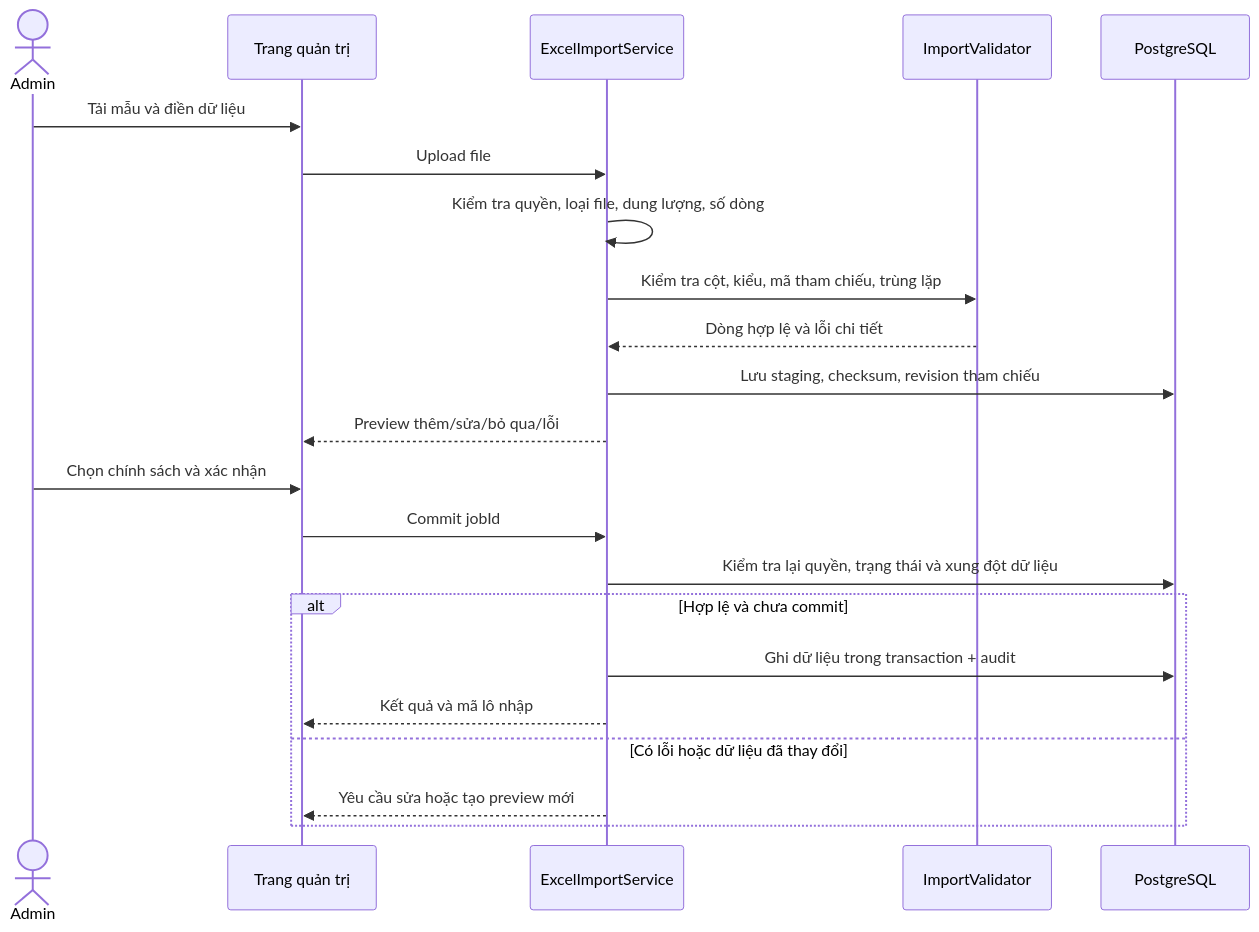
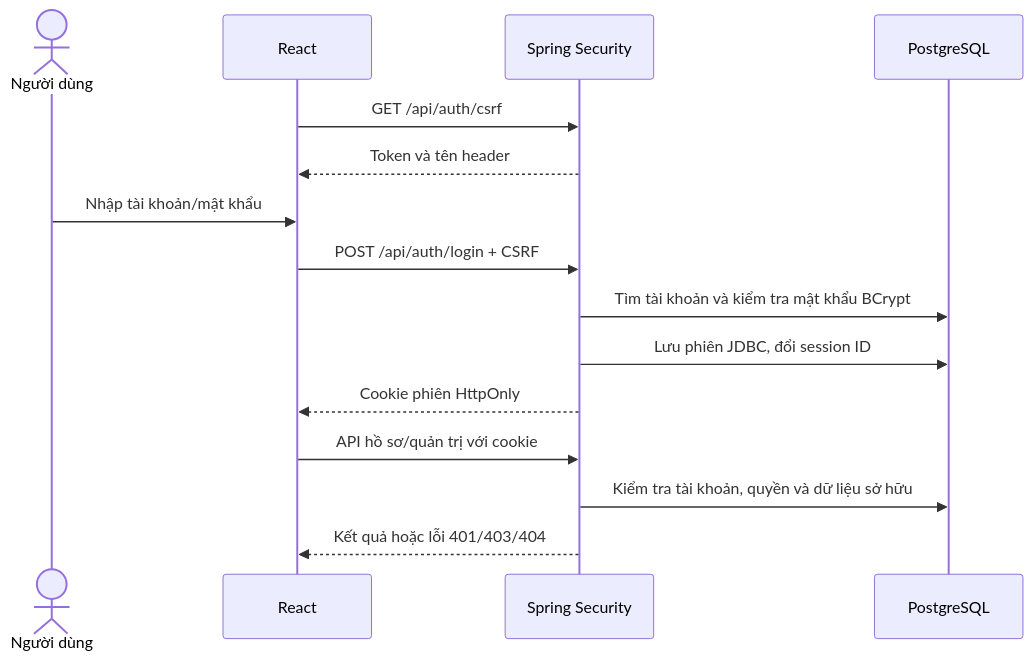
Before and after one commit to HaiDo2409/webhuongnghiep: the seventh of 7 diagrams in README.md, drawn with Mermaid. The commit also changed other lines of this file and 1 other file, not shown here.

````diff
--- a/README.md
+++ b/README.md
@@ -959,24 +494,17 @@
 ```mermaid
 sequenceDiagram
-    actor Admin
-    participant UI as Trang quản trị
-    participant Import as ExcelImportService
-    participant Validator as ImportValidator
+    actor User as Người dùng
+    participant UI as React
+    participant Security as Spring Security
     participant DB as PostgreSQL
-    Admin->>UI: Tải mẫu và điền dữ liệu
-    UI->>Import: Upload file
-    Import->>Import: Kiểm tra quyền, loại file, dung lượng, số dòng
-    Import->>Validator: Kiểm tra cột, kiểu, mã tham chiếu, trùng lặp
-    Validator-->>Import: Dòng hợp lệ và lỗi chi tiết
-    Import->>DB: Lưu staging, checksum, revision tham chiếu
-    Import-->>UI: Preview thêm/sửa/bỏ qua/lỗi
-    Admin->>UI: Chọn chính sách và xác nhận
-    UI->>Import: Commit jobId
-    Import->>DB: Kiểm tra lại quyền, trạng thái và xung đột dữ liệu
-    alt Hợp lệ và chưa commit
-        Import->>DB: Ghi dữ liệu trong transaction + audit
-        Import-->>UI: Kết quả và mã lô nhập
-    else Có lỗi hoặc dữ liệu đã thay đổi
-        Import-->>UI: Yêu cầu sửa hoặc tạo preview mới
-    end
+    UI->>Security: GET /api/auth/csrf
+    Security-->>UI: Token và tên header
+    User->>UI: Nhập tài khoản/mật khẩu
+    UI->>Security: POST /api/auth/login + CSRF
+    Security->>DB: Tìm tài khoản và kiểm tra mật khẩu BCrypt
+    Security->>DB: Lưu phiên JDBC, đổi session ID
+    Security-->>UI: Cookie phiên HttpOnly
+    UI->>Security: API hồ sơ/quản trị với cookie
+    Security->>DB: Kiểm tra tài khoản, quyền và dữ liệu sở hữu
+    Security-->>UI: Kết quả hoặc lỗi 401/403/404
 ```
````
